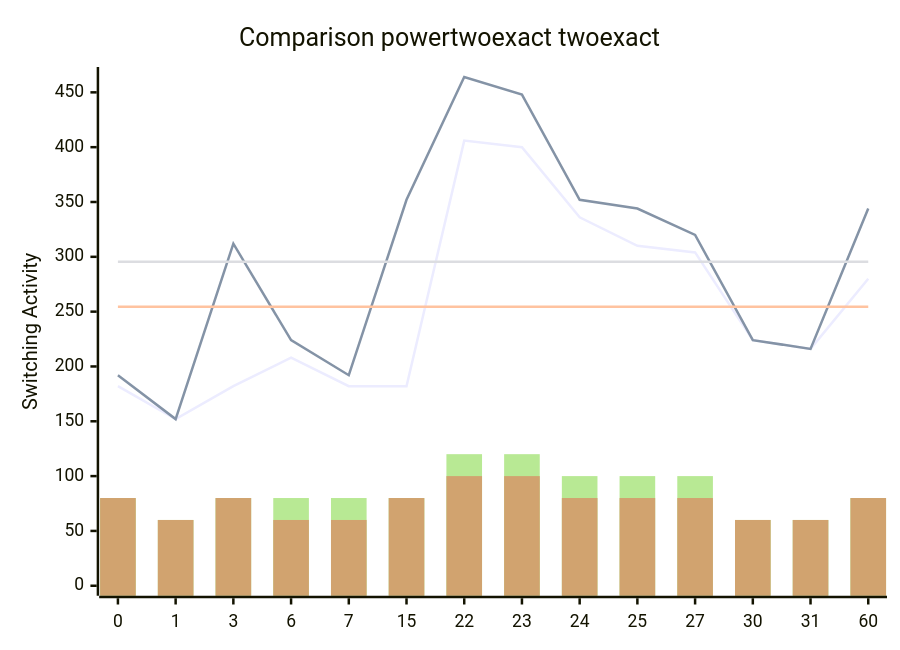
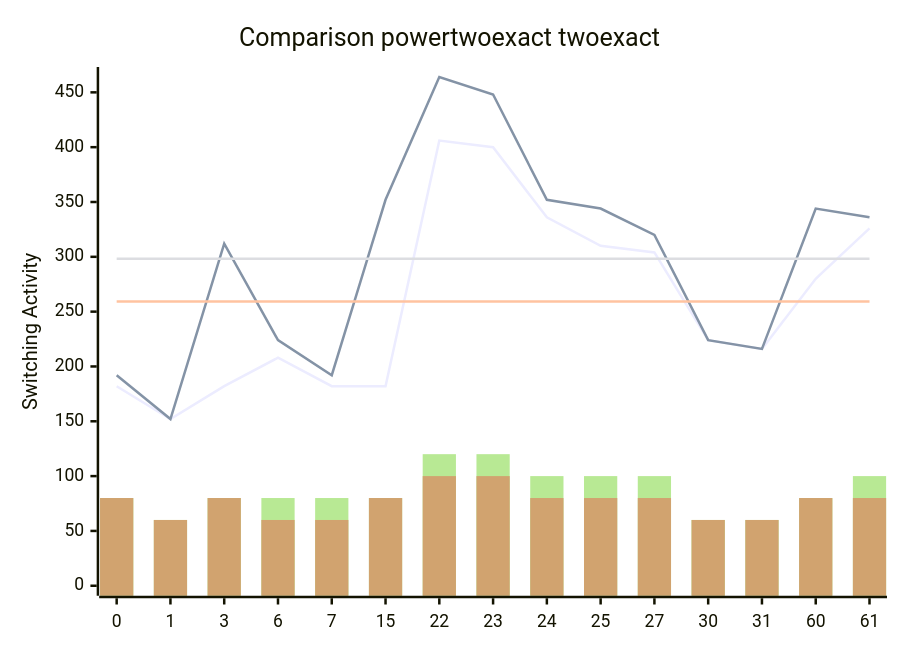
One commit to FeldmeierMichael/Exact-Power-Synthesis changed the diagram in benchmark_opt.md. Above: the diagram before and after it, drawn with Mermaid. The commit also changed other lines of this file, not shown here.

````diff
--- a/benchmark_opt.md
+++ b/benchmark_opt.md
@@ -33,12 +35,12 @@
 ```mermaid
 xychart-beta
     title "Comparison powertwoexact twoexact"
-    x-axis [0, 1, 3, 6, 7, 15, 22, 23, 24, 25, 27, 30, 31, 60]
+    x-axis [0, 1, 3, 6, 7, 15, 22, 23, 24, 25, 27, 30, 31, 60, 61]
     y-axis "Switching Activity" 0-->464
-    line [182, 152, 182, 208, 182, 182, 406, 400, 336, 310, 304, 224, 216, 280]
-    line [192, 152, 312, 224, 192, 352, 464, 448, 352, 344, 320, 224, 216, 344]
-    line [254.57142857142858, 254.57142857142858, 254.57142857142858, 254.57142857142858, 254.57142857142858, 254.57142857142858, 254.57142857142858, 254.57142857142858, 254.57142857142858, 254.57142857142858, 254.57142857142858, 254.57142857142858, 254.57142857142858, 254.57142857142858]
-    line [295.42857142857144, 295.42857142857144, 295.42857142857144, 295.42857142857144, 295.42857142857144, 295.42857142857144, 295.42857142857144, 295.42857142857144, 295.42857142857144, 295.42857142857144, 295.42857142857144, 295.42857142857144, 295.42857142857144, 295.42857142857144]
-    bar [80, 60, 80, 80, 80, 80, 120, 120, 100, 100, 100, 60, 60, 80]
-    bar [80, 60, 80, 60, 60, 80, 100, 100, 80, 80, 80, 60, 60, 80]
+    line [182, 152, 182, 208, 182, 182, 406, 400, 336, 310, 304, 224, 216, 280, 326]
+    line [192, 152, 312, 224, 192, 352, 464, 448, 352, 344, 320, 224, 216, 344, 336]
+    line [259.3333333333333, 259.3333333333333, 259.3333333333333, 259.3333333333333, 259.3333333333333, 259.3333333333333, 259.3333333333333, 259.3333333333333, 259.3333333333333, 259.3333333333333, 259.3333333333333, 259.3333333333333, 259.3333333333333, 259.3333333333333, 259.3333333333333]
+    line [298.1333333333333, 298.1333333333333, 298.1333333333333, 298.1333333333333, 298.1333333333333, 298.1333333333333, 298.1333333333333, 298.1333333333333, 298.1333333333333, 298.1333333333333, 298.1333333333333, 298.1333333333333, 298.1333333333333, 298.1333333333333, 298.1333333333333]
+    bar [80, 60, 80, 80, 80, 80, 120, 120, 100, 100, 100, 60, 60, 80, 100]
+    bar [80, 60, 80, 60, 60, 80, 100, 100, 80, 80, 80, 60, 60, 80, 80]
 ```
````
